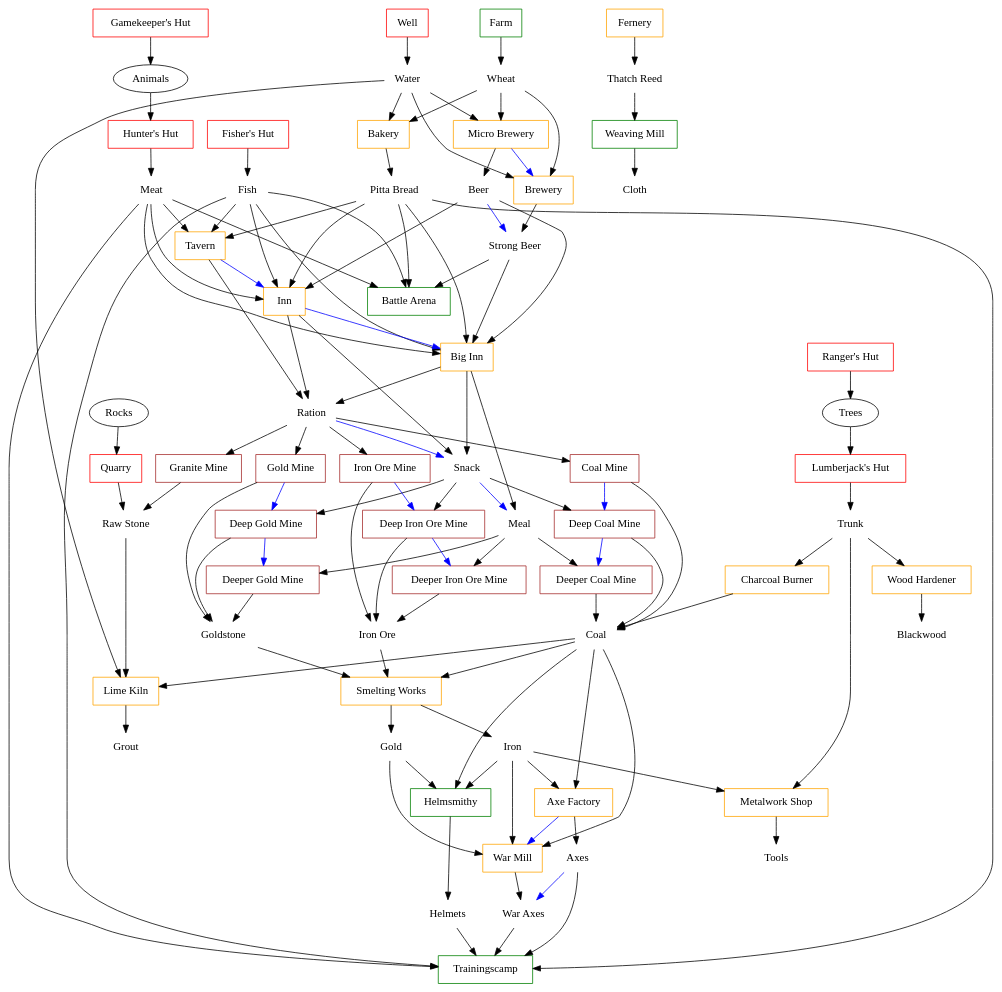
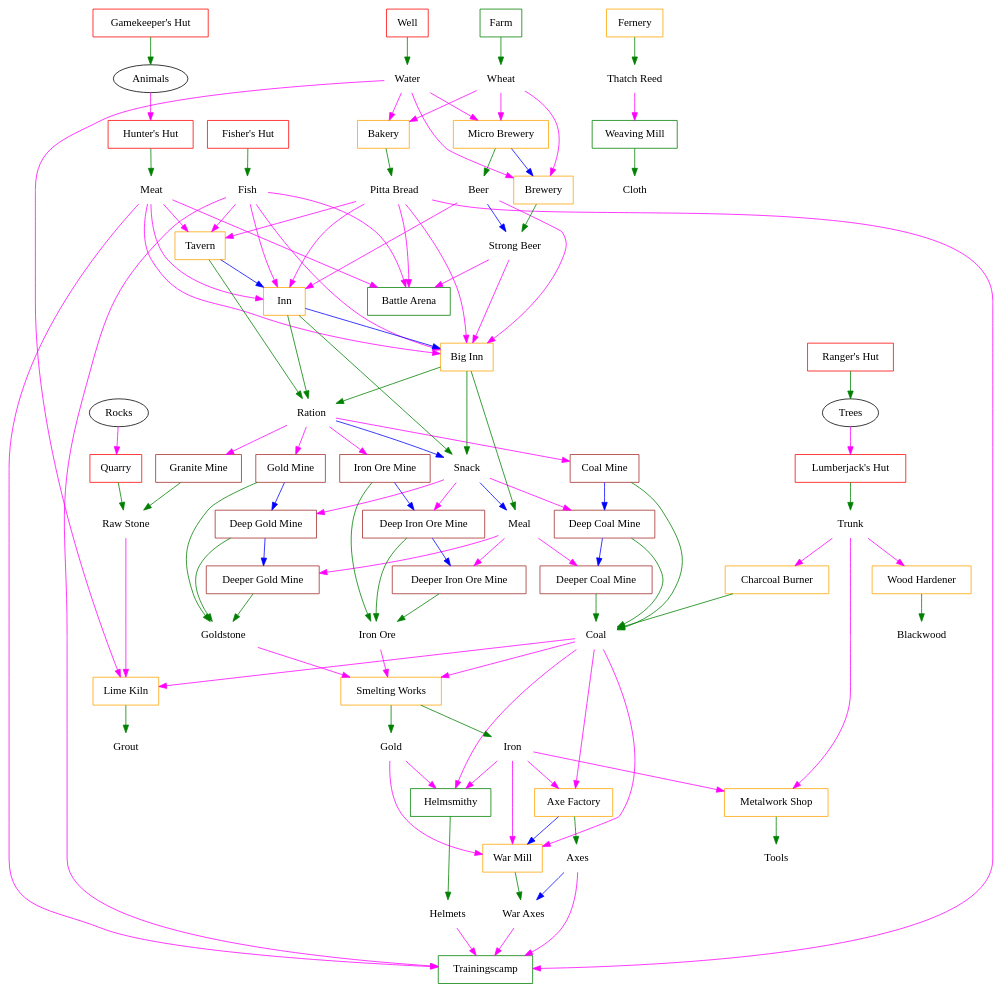
One commit to rhdunn/widelands-techtree changed the diagram in barbarians.dot. Above: the diagram before and after it, drawn with Graphviz. The commit also changed 2 other files, not shown here.

```diff
--- a/barbarians.dot
+++ b/barbarians.dot
@@ -99,115 +99,115 @@
 
 	// produces
 
-	"Fisher's Hut" -> "Fish"
-	"Gamekeeper's Hut" -> "Animals"
-	"Hunter's Hut" -> "Meat"
-	"Lumberjack's Hut" -> "Trunk"
-	"Quarry" -> "Raw Stone"
-	"Ranger's Hut" -> "Trees"
-	"Well" -> "Water"
+	"Fisher's Hut" -> "Fish" [color=green]
+	"Gamekeeper's Hut" -> "Animals" [color=green]
+	"Hunter's Hut" -> "Meat" [color=green]
+	"Lumberjack's Hut" -> "Trunk" [color=green]
+	"Quarry" -> "Raw Stone" [color=green]
+	"Ranger's Hut" -> "Trees" [color=green]
+	"Well" -> "Water" [color=green]
 
-	"Axe Factory" -> "Axes"
-	"War Mill" -> "War Axes"
-	"Bakery" -> "Pitta Bread"
-	"Charcoal Burner" -> "Coal"
-	"Wood Hardener" -> "Blackwood"
-	"Fernery" -> "Thatch Reed"
-	"Lime Kiln" -> "Grout"
-	"Metalwork Shop" -> "Tools"
-	"Micro Brewery" -> "Beer"
-	"Brewery" -> "Strong Beer"
-	"Smelting Works" -> "Iron"
-	"Smelting Works" -> "Gold"
-	"Tavern" -> "Ration"
-	"Inn" -> "Ration"
-	"Inn" -> "Snack"
-	"Big Inn" -> "Ration"
-	"Big Inn" -> "Snack"
-	"Big Inn" -> "Meal"
+	"Axe Factory" -> "Axes" [color=green]
+	"War Mill" -> "War Axes" [color=green]
+	"Bakery" -> "Pitta Bread" [color=green]
+	"Charcoal Burner" -> "Coal" [color=green]
+	"Wood Hardener" -> "Blackwood" [color=green]
+	"Fernery" -> "Thatch Reed" [color=green]
+	"Lime Kiln" -> "Grout" [color=green]
+	"Metalwork Shop" -> "Tools" [color=green]
+	"Micro Brewery" -> "Beer" [color=green]
+	"Brewery" -> "Strong Beer" [color=green]
+	"Smelting Works" -> "Iron" [color=green]
+	"Smelting Works" -> "Gold" [color=green]
+	"Tavern" -> "Ration" [color=green]
+	"Inn" -> "Ration" [color=green]
+	"Inn" -> "Snack" [color=green]
+	"Big Inn" -> "Ration" [color=green]
+	"Big Inn" -> "Snack" [color=green]
+	"Big Inn" -> "Meal" [color=green]
 
-	"Farm" -> "Wheat"
-	"Helmsmithy" -> "Helmets"
-	"Weaving Mill" -> "Cloth"
+	"Farm" -> "Wheat" [color=green]
+	"Helmsmithy" -> "Helmets" [color=green]
+	"Weaving Mill" -> "Cloth" [color=green]
 
-	"Coal Mine" -> "Coal"
-	"Gold Mine" -> "Goldstone"
-	"Granite Mine" -> "Raw Stone"
-	"Iron Ore Mine" -> "Iron Ore"
+	"Coal Mine" -> "Coal" [color=green]
+	"Gold Mine" -> "Goldstone" [color=green]
+	"Granite Mine" -> "Raw Stone" [color=green]
+	"Iron Ore Mine" -> "Iron Ore" [color=green]
 
-	"Deep Coal Mine" -> "Coal"
-	"Deep Gold Mine" -> "Goldstone"
-	"Deep Iron Ore Mine" -> "Iron Ore"
+	"Deep Coal Mine" -> "Coal" [color=green]
+	"Deep Gold Mine" -> "Goldstone" [color=green]
+	"Deep Iron Ore Mine" -> "Iron Ore" [color=green]
 
-	"Deeper Coal Mine" -> "Coal"
-	"Deeper Gold Mine" -> "Goldstone"
-	"Deeper Iron Ore Mine" -> "Iron Ore"
+	"Deeper Coal Mine" -> "Coal" [color=green]
+	"Deeper Gold Mine" -> "Goldstone" [color=green]
+	"Deeper Iron Ore Mine" -> "Iron Ore" [color=green]
 
 	// consumes
 
-	"Trees" -> "Lumberjack's Hut"
-	"Animals" -> "Hunter's Hut"
-	"Rocks" -> "Quarry"
+	"Trees" -> "Lumberjack's Hut" [color=magenta]
+	"Animals" -> "Hunter's Hut" [color=magenta]
+	"Rocks" -> "Quarry" [color=magenta]
 
-	"Iron" -> "Axe Factory"
-	"Coal" -> "Axe Factory"
-	"Gold" -> "War Mill"
-	"Iron" -> "War Mill"
-	"Coal" -> "War Mill"
-	"Wheat" -> "Bakery"
-	"Water" -> "Bakery"
-	"Trunk" -> "Charcoal Burner"
-	"Trunk" -> "Wood Hardener"
-	"Raw Stone" -> "Lime Kiln"
-	"Water" -> "Lime Kiln"
-	"Coal" -> "Lime Kiln"
-	"Trunk" -> "Metalwork Shop"
-	"Iron" -> "Metalwork Shop"
-	"Wheat" -> "Micro Brewery"
-	"Water" -> "Micro Brewery"
-	"Wheat" -> "Brewery"
-	"Water" -> "Brewery"
-	"Goldstone" -> "Smelting Works"
-	"Iron Ore" -> "Smelting Works"
-	"Coal" -> "Smelting Works"
-	"Fish" -> "Tavern"
-	"Meat" -> "Tavern"
-	"Pitta Bread" -> "Tavern"
-	"Fish" -> "Inn"
-	"Meat" -> "Inn"
-	"Beer" -> "Inn"
-	"Pitta Bread" -> "Inn"
-	"Fish" -> "Big Inn"
-	"Meat" -> "Big Inn"
-	"Beer" -> "Big Inn"
-	"Strong Beer" -> "Big Inn"
-	"Pitta Bread" -> "Big Inn"
+	"Iron" -> "Axe Factory" [color=magenta]
+	"Coal" -> "Axe Factory" [color=magenta]
+	"Gold" -> "War Mill" [color=magenta]
+	"Iron" -> "War Mill" [color=magenta]
+	"Coal" -> "War Mill" [color=magenta]
+	"Wheat" -> "Bakery" [color=magenta]
+	"Water" -> "Bakery" [color=magenta]
+	"Trunk" -> "Charcoal Burner" [color=magenta]
+	"Trunk" -> "Wood Hardener" [color=magenta]
+	"Raw Stone" -> "Lime Kiln" [color=magenta]
+	"Water" -> "Lime Kiln" [color=magenta]
+	"Coal" -> "Lime Kiln" [color=magenta]
+	"Trunk" -> "Metalwork Shop" [color=magenta]
+	"Iron" -> "Metalwork Shop" [color=magenta]
+	"Wheat" -> "Micro Brewery" [color=magenta]
+	"Water" -> "Micro Brewery" [color=magenta]
+	"Wheat" -> "Brewery" [color=magenta]
+	"Water" -> "Brewery" [color=magenta]
+	"Goldstone" -> "Smelting Works" [color=magenta]
+	"Iron Ore" -> "Smelting Works" [color=magenta]
+	"Coal" -> "Smelting Works" [color=magenta]
+	"Fish" -> "Tavern" [color=magenta]
+	"Meat" -> "Tavern" [color=magenta]
+	"Pitta Bread" -> "Tavern" [color=magenta]
+	"Fish" -> "Inn" [color=magenta]
+	"Meat" -> "Inn" [color=magenta]
+	"Beer" -> "Inn" [color=magenta]
+	"Pitta Bread" -> "Inn" [color=magenta]
+	"Fish" -> "Big Inn" [color=magenta]
+	"Meat" -> "Big Inn" [color=magenta]
+	"Beer" -> "Big Inn" [color=magenta]
+	"Strong Beer" -> "Big Inn" [color=magenta]
+	"Pitta Bread" -> "Big Inn" [color=magenta]
 
-	"Fish" -> "Battle Arena"
-	"Meat" -> "Battle Arena"
-	"Pitta Bread" -> "Battle Arena"
-	"Strong Beer" -> "Battle Arena"
-	"Thatch Reed" -> "Weaving Mill"
-	"Gold" -> "Helmsmithy"
-	"Iron" -> "Helmsmithy"
-	"Coal" -> "Helmsmithy"
-	"Fish" -> "Trainingscamp"
-	"Meat" -> "Trainingscamp"
-	"Pitta Bread" -> "Trainingscamp"
-	"Helmets" -> "Trainingscamp"
-	"Axes" -> "Trainingscamp"
-	"War Axes" -> "Trainingscamp"
+	"Fish" -> "Battle Arena" [color=magenta]
+	"Meat" -> "Battle Arena" [color=magenta]
+	"Pitta Bread" -> "Battle Arena" [color=magenta]
+	"Strong Beer" -> "Battle Arena" [color=magenta]
+	"Thatch Reed" -> "Weaving Mill" [color=magenta]
+	"Gold" -> "Helmsmithy" [color=magenta]
+	"Iron" -> "Helmsmithy" [color=magenta]
+	"Coal" -> "Helmsmithy" [color=magenta]
+	"Fish" -> "Trainingscamp" [color=magenta]
+	"Meat" -> "Trainingscamp" [color=magenta]
+	"Pitta Bread" -> "Trainingscamp" [color=magenta]
+	"Helmets" -> "Trainingscamp" [color=magenta]
+	"Axes" -> "Trainingscamp" [color=magenta]
+	"War Axes" -> "Trainingscamp" [color=magenta]
 
-	"Ration" -> "Coal Mine"
-	"Ration" -> "Gold Mine"
-	"Ration" -> "Granite Mine"
-	"Ration" -> "Iron Ore Mine"
+	"Ration" -> "Coal Mine" [color=magenta]
+	"Ration" -> "Gold Mine" [color=magenta]
+	"Ration" -> "Granite Mine" [color=magenta]
+	"Ration" -> "Iron Ore Mine" [color=magenta]
 
-	"Snack" -> "Deep Coal Mine"
-	"Snack" -> "Deep Gold Mine"
-	"Snack" -> "Deep Iron Ore Mine"
+	"Snack" -> "Deep Coal Mine" [color=magenta]
+	"Snack" -> "Deep Gold Mine" [color=magenta]
+	"Snack" -> "Deep Iron Ore Mine" [color=magenta]
 
-	"Meal" -> "Deeper Coal Mine"
-	"Meal" -> "Deeper Gold Mine"
-	"Meal" -> "Deeper Iron Ore Mine"
+	"Meal" -> "Deeper Coal Mine" [color=magenta]
+	"Meal" -> "Deeper Gold Mine" [color=magenta]
+	"Meal" -> "Deeper Iron Ore Mine" [color=magenta]
 }
```
